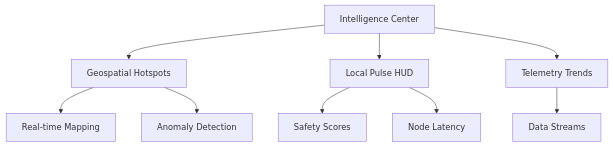
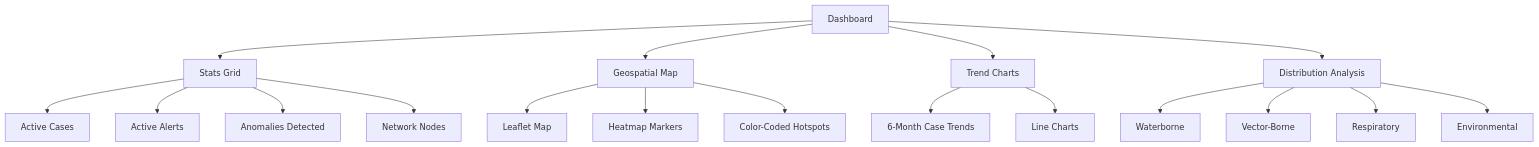
Before and after one commit to ArrinPaul/HealthNex: the fourth of 16 diagrams in README.md, drawn with Mermaid. The commit also changed other lines of this file, not shown here.

````diff
--- a/README.md
+++ b/README.md
@@ -72,11 +266,24 @@
 ```mermaid
 graph TD
-    IC[Intelligence Center] --> GH[Geospatial Hotspots]
-    IC --> HUD[Local Pulse HUD]
-    IC --> TT[Telemetry Trends]
-    GH --> RTM[Real-time Mapping]
-    GH --> AD[Anomaly Detection]
-    HUD --> SS[Safety Scores]
-    HUD --> NL[Node Latency]
-    TT --> DS[Data Streams]
+    A[Dashboard] --> B[Stats Grid]
+    A --> C[Geospatial Map]
+    A --> D[Trend Charts]
+    A --> E[Distribution Analysis]
+
+    B --> B1[Active Cases]
+    B --> B2[Active Alerts]
+    B --> B3[Anomalies Detected]
+    B --> B4[Network Nodes]
+
+    C --> C1[Leaflet Map]
+    C --> C2[Heatmap Markers]
+    C --> C3[Color-Coded Hotspots]
+
+    D --> D1[6-Month Case Trends]
+    D --> D2[Line Charts]
+
+    E --> E1[Waterborne]
+    E --> E2[Vector-Borne]
+    E --> E3[Respiratory]
+    E --> E4[Environmental]
 ```
````
